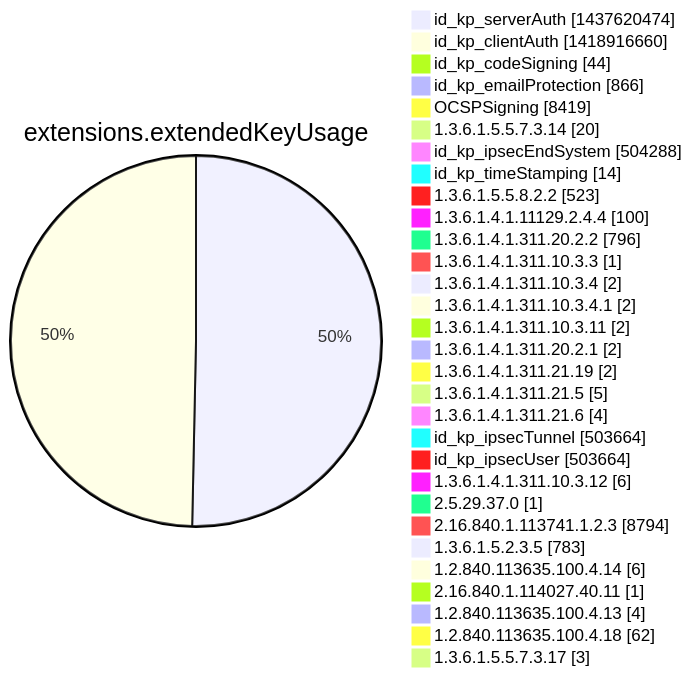
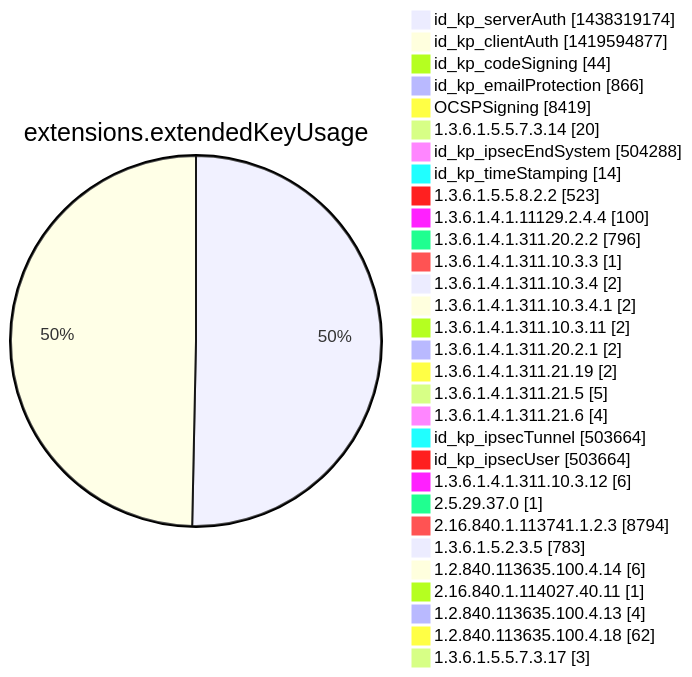
One commit to christiankrug/ctmonitor_visualization changed diagram 12 of 15 in argon2022/README.md. Above: the diagram before and after it, drawn with Mermaid. The commit also changed other lines of this file, not shown here.

````diff
--- a/argon2022/README.md
+++ b/argon2022/README.md
@@ -3555,34 +3555,34 @@
 ```mermaid
 pie showData
 title extensions.extendedKeyUsage
-"id_kp_serverAuth" :1437620474
-"id_kp_clientAuth" :1418916660
+"id_kp_serverAuth" :1438319174
+"id_kp_clientAuth" :1419594877
 "id_kp_codeSigning" :44
 "id_kp_emailProtection" :866
 "OCSPSigning" :8419
 "1.3.6.1.5.5.7.3.14" :20
 "id_kp_ipsecEndSystem" :504288
 "id_kp_timeStamping" :14
 "1.3.6.1.5.5.8.2.2" :523
 "1.3.6.1.4.1.11129.2.4.4" :100
 "1.3.6.1.4.1.311.20.2.2" :796
 "1.3.6.1.4.1.311.10.3.3" :1
 "1.3.6.1.4.1.311.10.3.4" :2
 "1.3.6.1.4.1.311.10.3.4.1" :2
 "1.3.6.1.4.1.311.10.3.11" :2
 "1.3.6.1.4.1.311.20.2.1" :2
 "1.3.6.1.4.1.311.21.19" :2
 "1.3.6.1.4.1.311.21.5" :5
 "1.3.6.1.4.1.311.21.6" :4
 "id_kp_ipsecTunnel" :503664
 "id_kp_ipsecUser" :503664
 "1.3.6.1.4.1.311.10.3.12" :6
 "2.5.29.37.0" :1
 "2.16.840.1.113741.1.2.3" :8794
 "1.3.6.1.5.2.3.5" :783
 "1.2.840.113635.100.4.14" :6
 "2.16.840.1.114027.40.11" :1
 "1.2.840.113635.100.4.13" :4
 "1.2.840.113635.100.4.18" :62
 "1.3.6.1.5.5.7.3.17" :3
 ```
````
